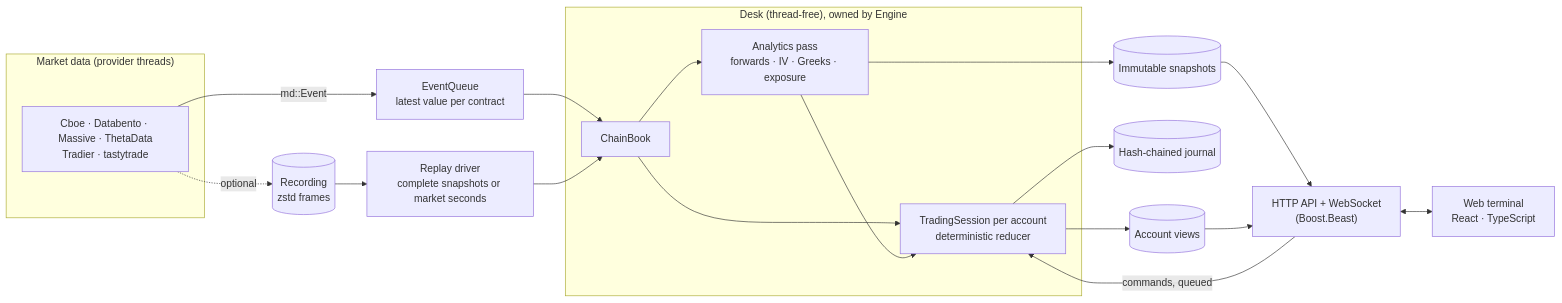
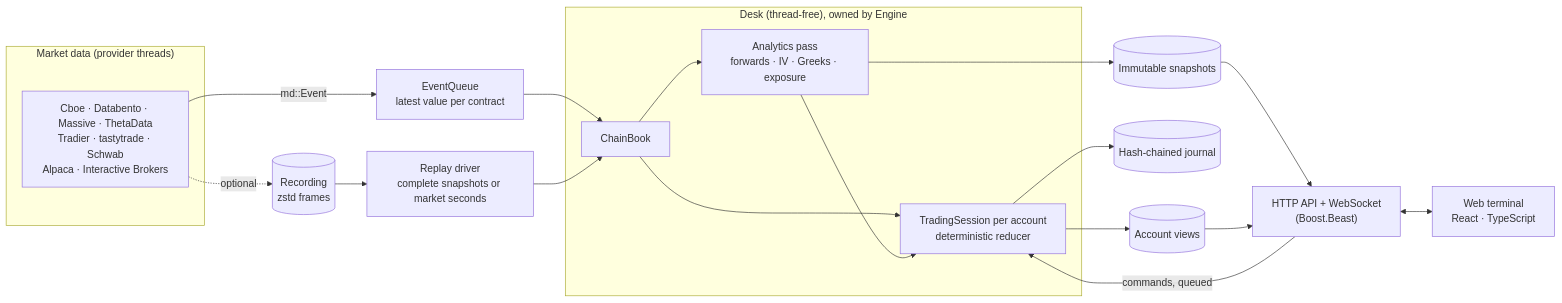
One commit to armanruzgar/openport changed the diagram in docs/architecture.md. Above: the diagram before and after it, drawn with Mermaid. The commit also changed other lines of this file and 5 other files, not shown here.

````diff
--- a/docs/architecture.md
+++ b/docs/architecture.md
@@ -7,24 +7,24 @@
 ```mermaid
 flowchart LR
   subgraph feed["Market data (provider threads)"]
-    P["Cboe · Databento · Massive · ThetaData<br/>Tradier · tastytrade"]
+    P["Cboe · Databento · Massive · ThetaData<br/>Tradier · tastytrade · Schwab<br/>Alpaca · Interactive Brokers"]
   end
   P -- "md::Event" --> Q["EventQueue<br/>latest value per contract"]
   P -. "optional" .-> R[("Recording<br/>zstd frames")]
   R --> D["Replay driver<br/>complete snapshots or market seconds"]
   subgraph engine["Desk (thread-free), owned by Engine"]
     B["ChainBook"] --> A["Analytics pass<br/>forwards · IV · Greeks · exposure"]
     T["TradingSession per account<br/>deterministic reducer"]
   end
   Q --> B
   D --> B
   B --> T
   A --> T
   A --> S[("Immutable snapshots")]
   T --> J[("Hash-chained journal")]
   T --> V[("Account views")]
   S --> W["HTTP API + WebSocket<br/>(Boost.Beast)"]
   V --> W
   W <--> UI["Web terminal<br/>React · TypeScript"]
   W -- "commands, queued" --> T
 ```
````
